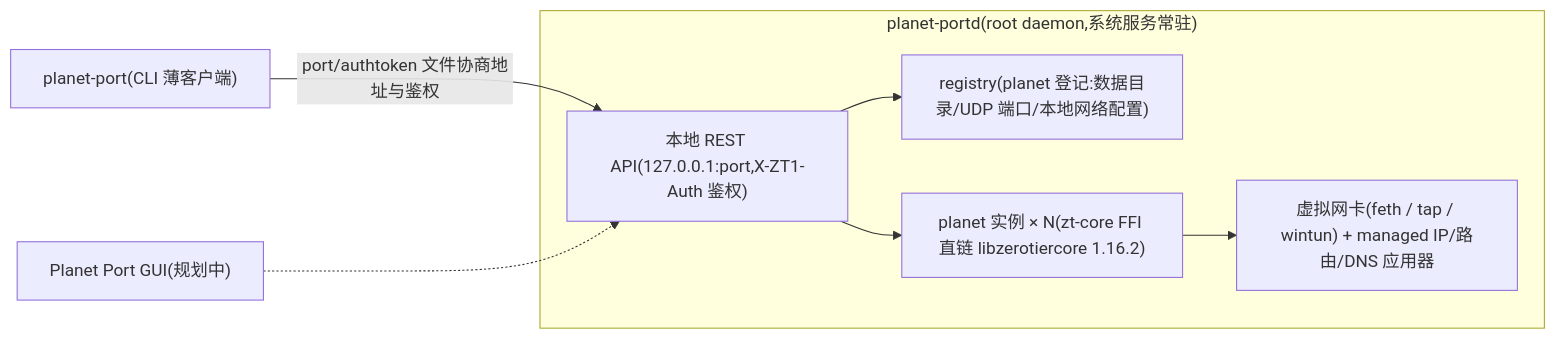
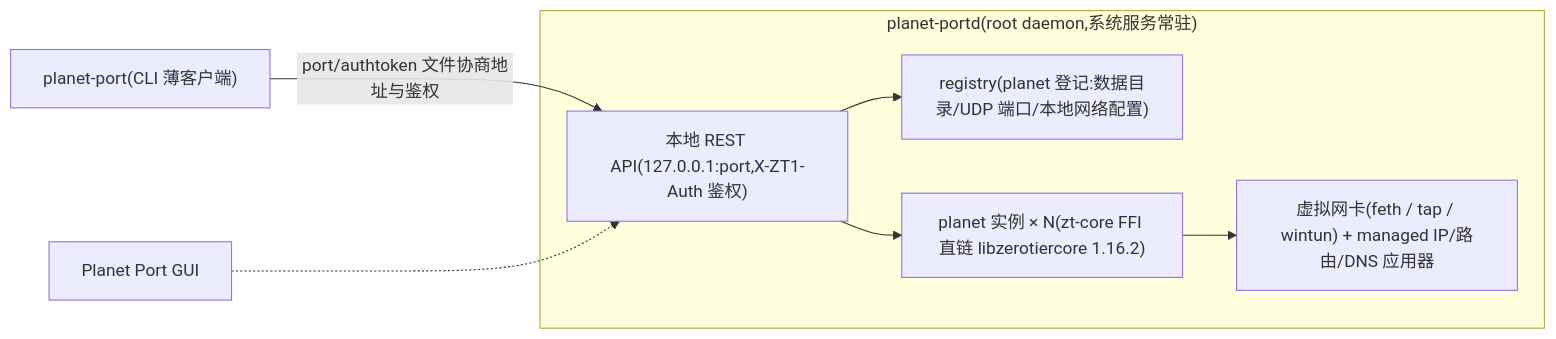
The diagram in README.md (planet-port/planet-port-desktop), drawn with Mermaid before and after one commit. The commit also changed other lines of this file and 1 other file, not shown here.

First line of the commit message:
ci: GUI 安装包并入 tag 发版矩阵

````diff
--- a/README.md
+++ b/README.md
@@ -95,15 +95,15 @@
 ```mermaid
 flowchart LR
     CLI["planet-port(CLI 薄客户端)"]
-    GUI["Planet Port GUI(规划中)"]
+    GUI["Planet Port GUI"]
     subgraph DAEMON["planet-portd(root daemon,系统服务常驻)"]
         API["本地 REST API(127.0.0.1:port,X-ZT1-Auth 鉴权)"]
         REG["registry(planet 登记:数据目录/UDP 端口/本地网络配置)"]
         INST["planet 实例 × N(zt-core FFI 直链 libzerotiercore 1.16.2)"]
         DEV["虚拟网卡(feth / tap / wintun) + managed IP/路由/DNS 应用器"]
     end
     CLI -- "port/authtoken 文件协商地址与鉴权" --> API
     GUI -.-> API
     API --> REG
     API --> INST --> DEV
 ```
````
